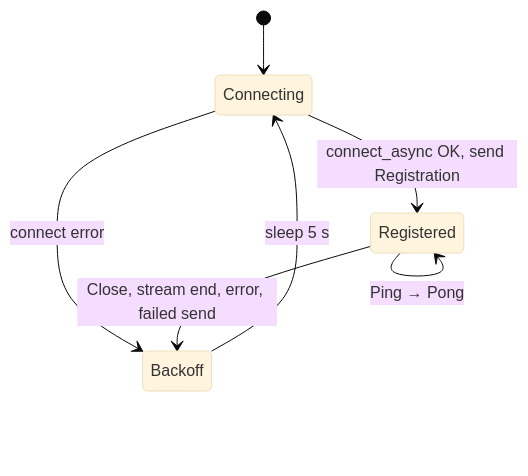
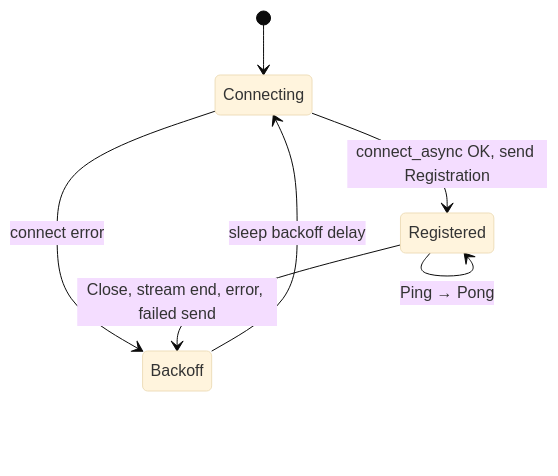
The first of 2 diagrams in docs/L2-detailed-design/daemon.md (stkevintan/oneflow), drawn with Mermaid (base theme) before and after one commit. The commit also changed other lines of this file and 5 other files, not shown here.

````diff
--- a/docs/L2-detailed-design/daemon.md
+++ b/docs/L2-detailed-design/daemon.md
@@ -53,12 +53,12 @@
 ```mermaid
 stateDiagram-v2
     [*] --> Connecting
     Connecting --> Registered: connect_async OK, send Registration
     Connecting --> Backoff: connect error
     Registered --> Registered: every 5 s → Heartbeat
     Registered --> Registered: telemetry_rx → Telemetry
     Registered --> Registered: text frame → handle_control_message
     Registered --> Registered: Ping → Pong
     Registered --> Backoff: Close, stream end, error, failed send
-    Backoff --> Connecting: sleep 5 s
+    Backoff --> Connecting: sleep backoff delay
 ```
````
